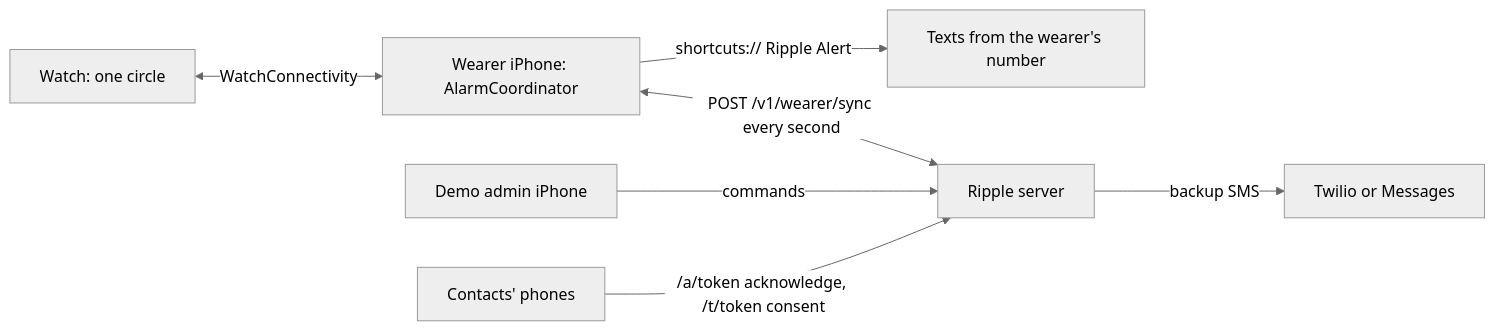
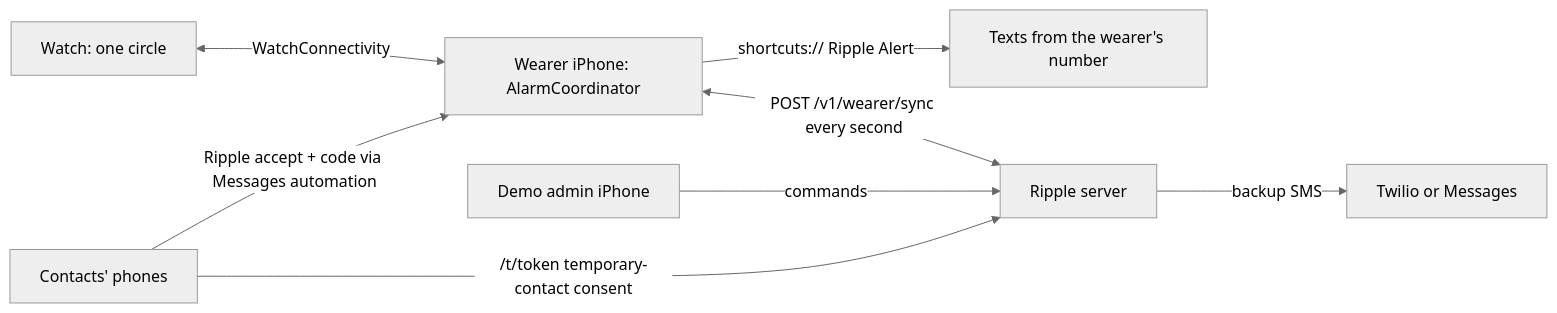
The diagram in IMPLEMENTATION_PLAN.md (JummyJoeJackson/htv11-ripple), drawn with Mermaid (neutral theme) before and after one commit. The commit also changed other lines of this file and 27 other files, not shown here.

````diff
--- a/IMPLEMENTATION_PLAN.md
+++ b/IMPLEMENTATION_PLAN.md
@@ -23,9 +23,10 @@
 ```mermaid
 flowchart LR
     watch["Watch: one circle"] <-->|"WatchConnectivity"| phone["Wearer iPhone: AlarmCoordinator"]
     phone -->|"shortcuts:// Ripple Alert"| texts["Texts from the wearer's number"]
     phone <-->|"POST /v1/wearer/sync every second"| server["Ripple server"]
     admin["Demo admin iPhone"] -->|"commands"| server
     server -->|"backup SMS"| twilio["Twilio or Messages"]
-    contacts["Contacts' phones"] -->|"/a/token acknowledge, /t/token consent"| server
+    contacts["Contacts' phones"] -->|"Ripple accept + code via Messages automation"| phone
+    contacts -->|"/t/token temporary-contact consent"| server
 ```
````
